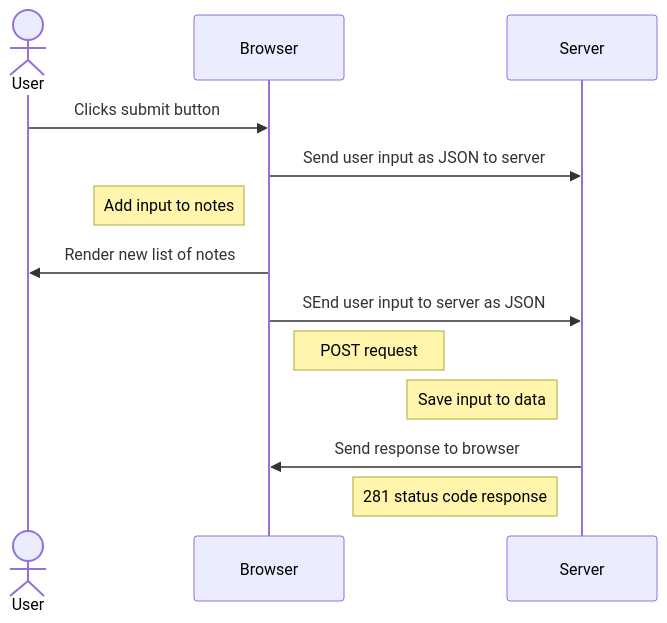
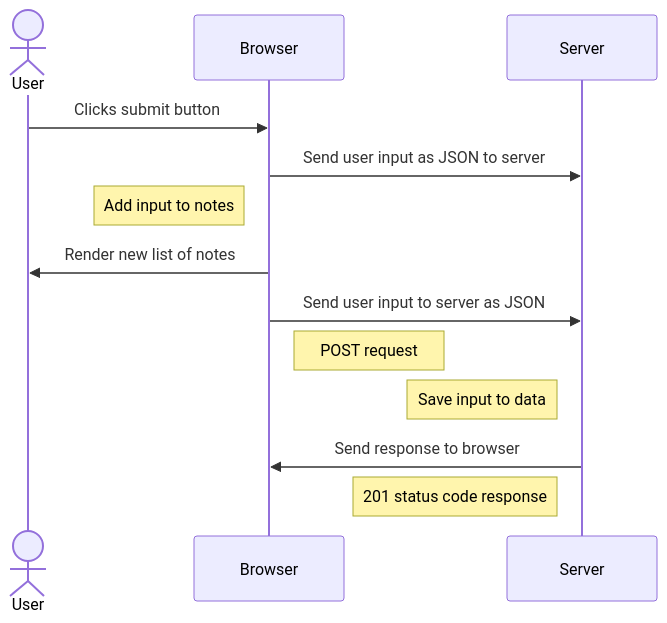
One commit to Yenya14/fullstackopen changed the diagram in part0/Exercire 0.6 New note.md. Above: the diagram before and after it, drawn with Mermaid. The commit also changed 1 other file, not shown here.

Commit message:
committing changes

````diff
--- a/part0/Exercire 0.6 New note.md
+++ b/part0/Exercire 0.6 New note.md
@@ -1,14 +1,14 @@
 ```mermaid
 sequenceDiagram
 actor User
 
 User->>Browser: Clicks submit button
 Browser->>Server: Send user input as JSON to server
 Note left of Browser: Add input to notes
 Browser->>User: Render new list of notes
-Browser->>Server: SEnd user input to server as JSON
+Browser->>Server: Send user input to server as JSON
 Note right of Browser: POST request
 Note left of Server: Save input to data
 Server->>Browser: Send response to browser
-Note left of Server: 281 status code response
+Note left of Server: 201 status code response
 ```
````
